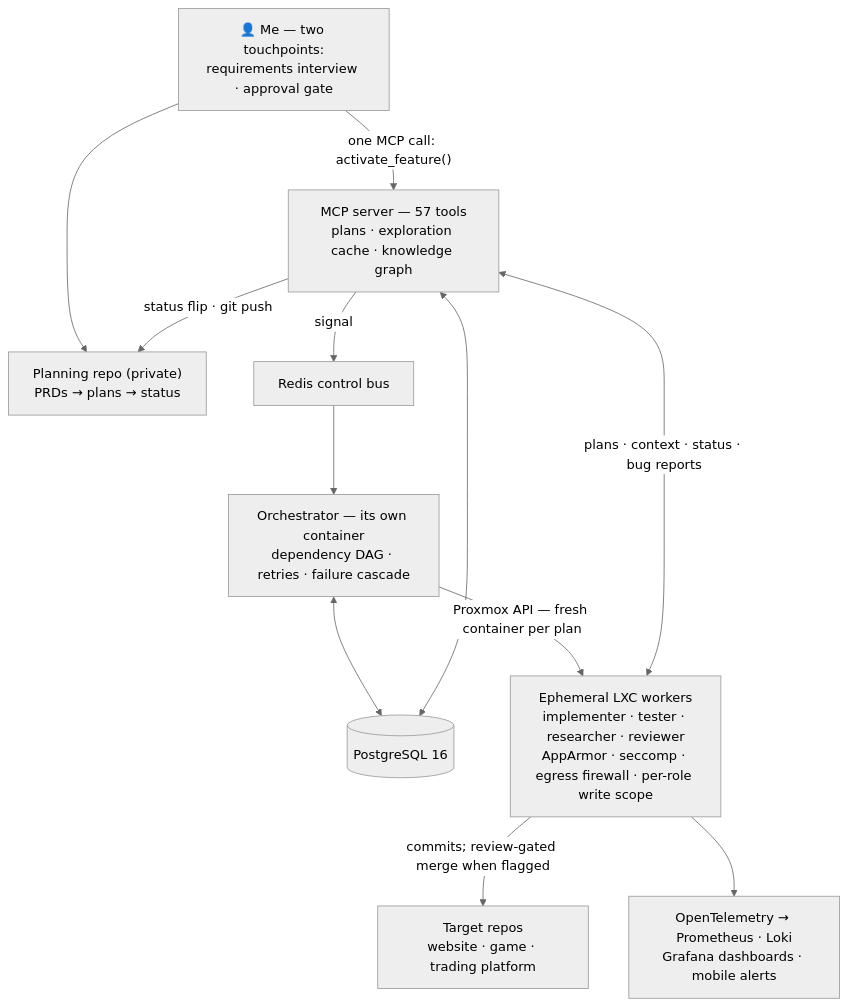
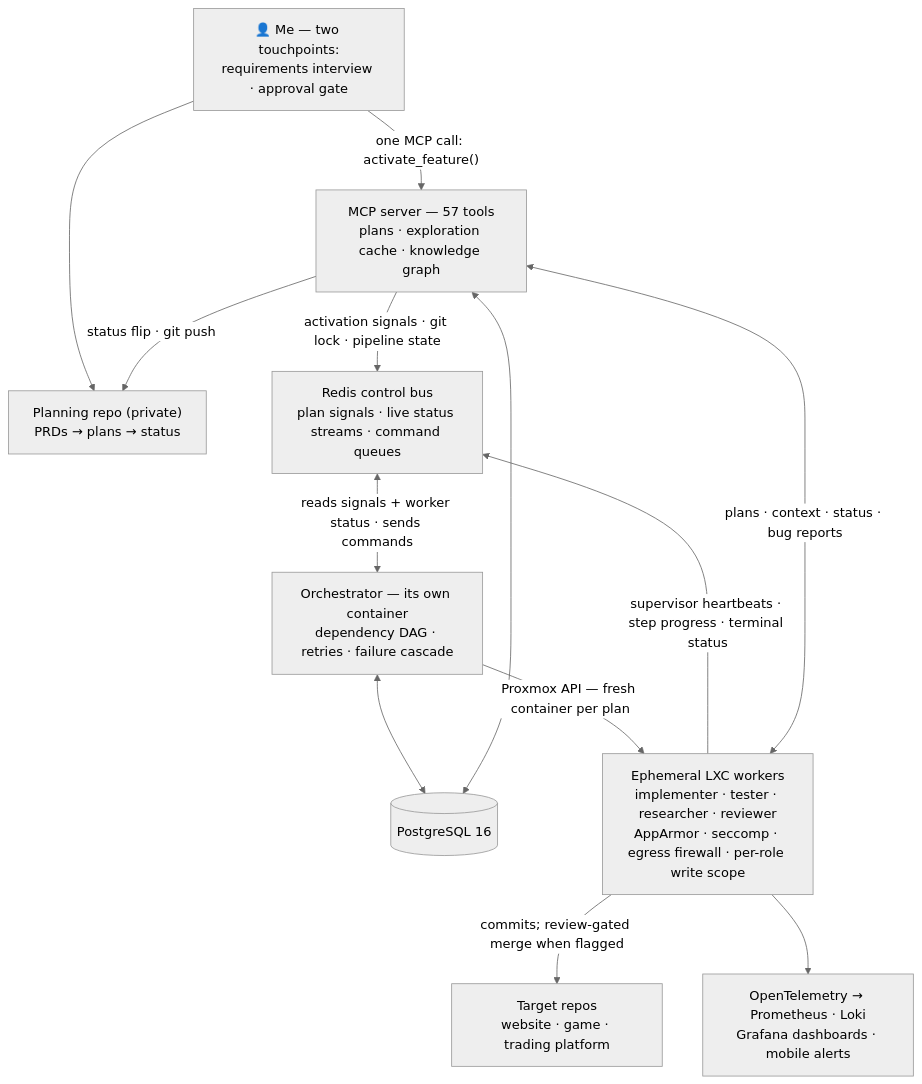
The diagram in README.md (GuppitusMaximus/fish-tank), drawn with Mermaid (neutral theme) before and after one commit.

Commit message:
README: show Redis as the live supervision plane in the diagram
The control bus was drawn as a one-way activation relay (MCP → Redis
→ orchestrator). In reality it carries three stream families: plan
signals, per-plan live status streams that each worker's supervisor
heartbeats into, and command queues the orchestrator pushes back to
supervisors. Adds the worker→Redis edge and makes orchestrator↔Redis
bidirectional.

Claude-Session: https://claude.ai/code/session_01Gh7s1Q11RtmwDQ693jsShe

````diff
--- a/README.md
+++ b/README.md
@@ -28,14 +28,15 @@
 ```mermaid
 flowchart TD
     U["👤 Me — two touchpoints:\nrequirements interview · approval gate"] --> P["Planning repo (private)\nPRDs → plans → status"]
     U -->|"one MCP call: activate_feature()"| M["MCP server — 57 tools\nplans · exploration cache · knowledge graph"]
     M -->|"status flip · git push"| P
-    M -->|"signal"| B["Redis control bus"]
-    B --> O["Orchestrator — its own container\ndependency DAG · retries · failure cascade"]
+    M -->|"activation signals · git lock · pipeline state"| B["Redis control bus\nplan signals · live status streams · command queues"]
+    B <-->|"reads signals + worker status · sends commands"| O["Orchestrator — its own container\ndependency DAG · retries · failure cascade"]
     O <--> DB[("PostgreSQL 16")]
     M <--> DB
     O -->|"Proxmox API — fresh container per plan"| L["Ephemeral LXC workers\nimplementer · tester · researcher · reviewer\nAppArmor · seccomp · egress firewall · per-role write scope"]
+    L -->|"supervisor heartbeats · step progress · terminal status"| B
     L <-->|"plans · context · status · bug reports"| M
     L -->|"commits; review-gated merge when flagged"| T["Target repos\nwebsite · game · trading platform"]
     L --> OT["OpenTelemetry → Prometheus · Loki\nGrafana dashboards · mobile alerts"]
 ```
````
